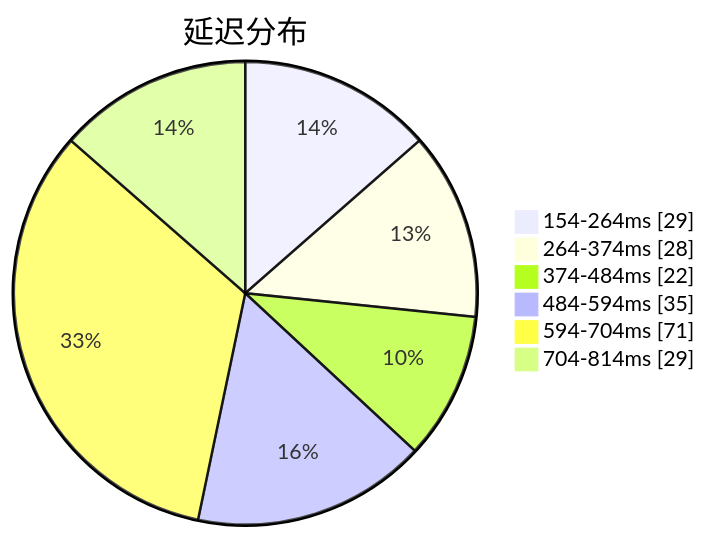
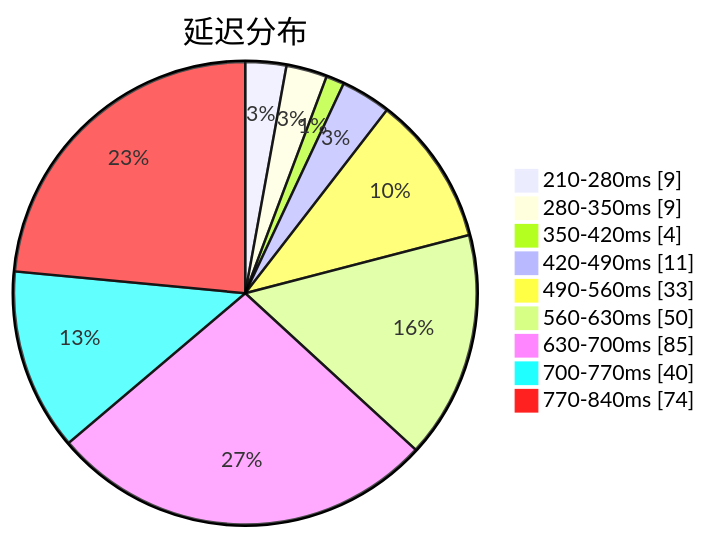
One commit to qjlxg/airport changed the first of 3 diagrams in subs/statistics/tested_within.md. Above: the diagram before and after it, drawn with Mermaid. The commit also changed other lines of this file and 2 other files, not shown here.

Commit message:
Tested by metaST

````diff
--- a/subs/statistics/tested_within.md
+++ b/subs/statistics/tested_within.md
@@ -2,10 +2,13 @@
 ```mermaid
 pie showData
 title 延迟分布
-"154-264ms" : 29
-"264-374ms" : 28
-"374-484ms" : 22
-"484-594ms" : 35
-"594-704ms" : 71
-"704-814ms" : 29
+"210-280ms" : 9
+"280-350ms" : 9
+"350-420ms" : 4
+"420-490ms" : 11
+"490-560ms" : 33
+"560-630ms" : 50
+"630-700ms" : 85
+"700-770ms" : 40
+"770-840ms" : 74
 ```
````
